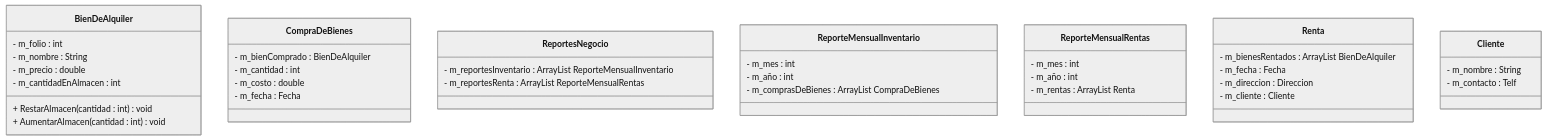
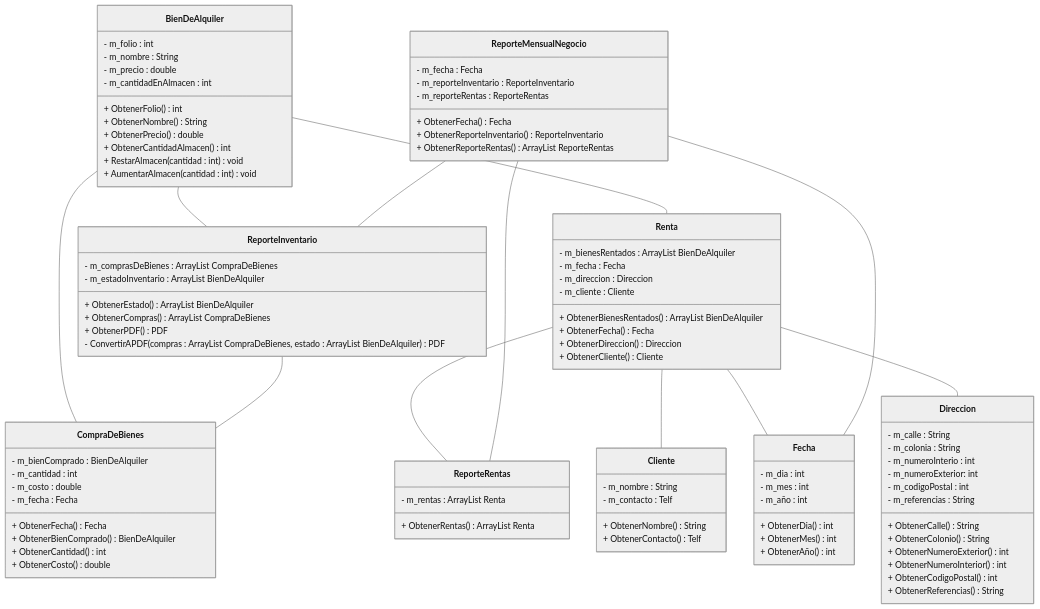
Before and after one commit to JuanJoseVargasArvizu/ProyectoPromotoraEventos: the diagram in Documentacion/Diagramas/DiagramaDeClases.mmd, drawn with Mermaid (neutral theme).

Commit message:
Actualizacion - Diagrama de Clases

```diff
--- a/Documentacion/Diagramas/DiagramaDeClases.mmd
+++ b/Documentacion/Diagramas/DiagramaDeClases.mmd
@@ -1,48 +1,103 @@
 classDiagram
 
+BienDeAlquiler -- ReporteInventario
+BienDeAlquiler -- CompraDeBienes
+BienDeAlquiler -- Renta
+Renta -- ReporteRentas
+Renta -- Cliente
+Renta -- Fecha
+Renta -- Direccion
+ReporteInventario -- CompraDeBienes
+ReporteMensualNegocio -- ReporteInventario
+ReporteMensualNegocio -- ReporteRentas
+ReporteMensualNegocio -- Fecha
 
 
 class BienDeAlquiler{
     - m_folio : int
     - m_nombre : String
     - m_precio : double
     - m_cantidadEnAlmacen : int
+    + ObtenerFolio() int
+    + ObtenerNombre() String
+    + ObtenerPrecio() double
+    + ObtenerCantidadAlmacen() int
     + RestarAlmacen(cantidad : int) void
     + AumentarAlmacen(cantidad : int) void
 }
 
 class CompraDeBienes{
     - m_bienComprado : BienDeAlquiler
     - m_cantidad : int
     - m_costo : double
     - m_fecha : Fecha
+    + ObtenerFecha() Fecha
+    + ObtenerBienComprado() BienDeAlquiler 
+    + ObtenerCantidad() int
+    + ObtenerCosto() double
 }
 
-class ReportesNegocio{
-    - m_reportesInventario : ArrayList ReporteMensualInventario
-    - m_reportesRenta : ArrayList ReporteMensualRentas
+class ReporteMensualNegocio{
+    - m_fecha : Fecha
+    - m_reporteInventario : ReporteInventario
+    - m_reporteRentas : ReporteRentas
+    + ObtenerFecha() Fecha
+    + ObtenerReporteInventario() ReporteInventario
+    + ObtenerReporteRentas() ArrayList ReporteRentas
 }
 
-class ReporteMensualInventario{
-    - m_mes : int
-    - m_año : int
+class ReporteInventario{
     - m_comprasDeBienes : ArrayList CompraDeBienes
+    - m_estadoInventario : ArrayList BienDeAlquiler
+    + ObtenerEstado() ArrayList BienDeAlquiler
+    + ObtenerCompras() ArrayList CompraDeBienes
+    + ObtenerPDF() PDF
+    - ConvertirAPDF(compras : ArrayList CompraDeBienes, estado : ArrayList BienDeAlquiler) PDF
 }
 
-class ReporteMensualRentas{
-    - m_mes : int
-    - m_año : int
+class ReporteRentas{
     - m_rentas : ArrayList Renta
+    + ObtenerRentas() ArrayList Renta
 }
 
 class Renta{
     - m_bienesRentados : ArrayList BienDeAlquiler
     - m_fecha : Fecha
     - m_direccion : Direccion
     - m_cliente : Cliente
+    + ObtenerBienesRentados() ArrayList BienDeAlquiler
+    + ObtenerFecha() Fecha
+    + ObtenerDireccion() Direccion
+    + ObtenerCliente() Cliente
 }
 
 class Cliente{
     - m_nombre : String
     - m_contacto : Telf
+    + ObtenerNombre() String
+    + ObtenerContacto() Telf
 }
+
+class Fecha{
+    - m_dia : int
+    - m_mes : int
+    - m_año : int
+    + ObtenerDia() int
+    + ObtenerMes() int
+    + ObtenerAño() int
+}
+
+class Direccion{
+    - m_calle : String
+    - m_colonia : String
+    - m_numeroInterio : int
+    - m_numeroExterior: int
+    - m_codigoPostal : int
+    - m_referencias : String
+    + ObtenerCalle() String
+    + ObtenerColonio() String
+    + ObtenerNumeroExterior() int
+    + ObtenerNumeroInterior() int
+    + ObtenerCodigoPostal() int
+    + ObtenerReferencias() String
+}
```
